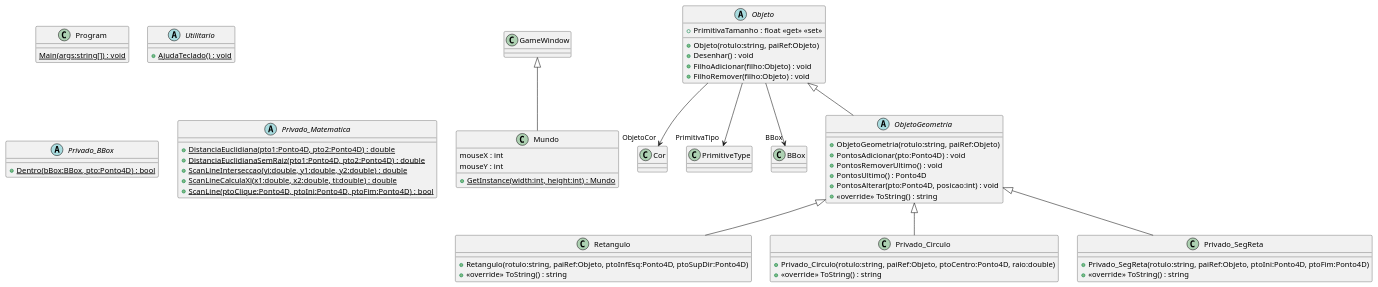
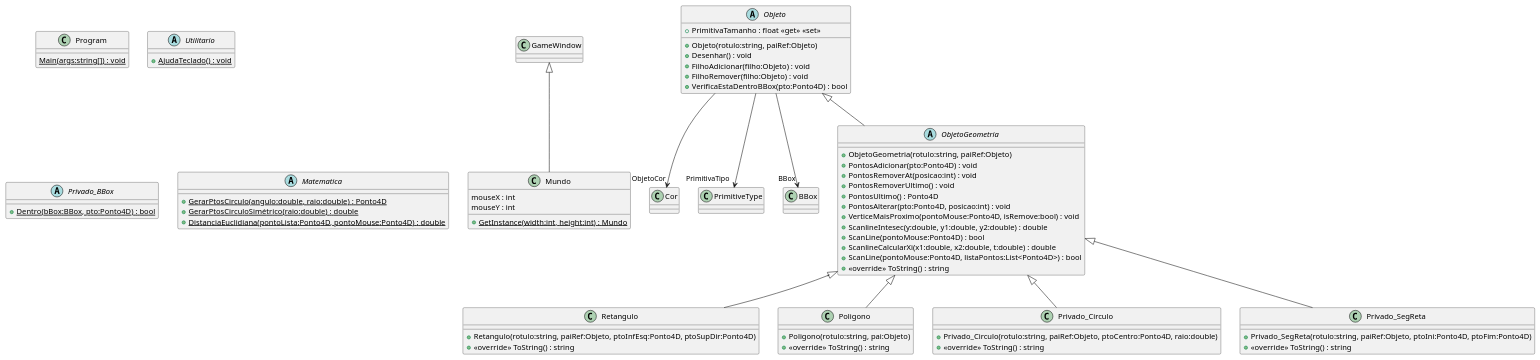
Before and after one commit to GCG-FURB/disciplinaCg_2022-1_not_equipe-06: the diagram in unidade_3/CG-N3_1/plantuml/include.puml, drawn with PlantUML. The commit also changed 1 other file, not shown here.

Commit message:
PlantUML

```diff
--- a/unidade_3/CG-N3_1/plantuml/include.puml
+++ b/unidade_3/CG-N3_1/plantuml/include.puml
@@ -1,58 +1,68 @@
 @startuml
 class Mundo {
     + {static} GetInstance(width:int, height:int) : Mundo
     mouseX : int
     mouseY : int
 }
 class Program {
     {static} Main(args:string[]) : void
 }
 GameWindow <|-- Mundo
 abstract class Objeto {
     + PrimitivaTamanho : float <<get>> <<set>>
     + Objeto(rotulo:string, paiRef:Objeto)
     + Desenhar() : void
     + FilhoAdicionar(filho:Objeto) : void
     + FilhoRemover(filho:Objeto) : void
+    + VerificaEstaDentroBBox(pto:Ponto4D) : bool
 }
 Objeto --> "ObjetoCor" Cor
 Objeto --> "PrimitivaTipo" PrimitiveType
 Objeto --> "BBox" BBox
 abstract class ObjetoGeometria {
     + ObjetoGeometria(rotulo:string, paiRef:Objeto)
     + PontosAdicionar(pto:Ponto4D) : void
+    + PontosRemoverAt(posicao:int) : void
     + PontosRemoverUltimo() : void
     + PontosUltimo() : Ponto4D
     + PontosAlterar(pto:Ponto4D, posicao:int) : void
+    + VerticeMaisProximo(pontoMouse:Ponto4D, isRemove:bool) : void
+    + ScanlineIntesec(y:double, y1:double, y2:double) : double
+    + ScanLine(pontoMouse:Ponto4D) : bool
+    + ScanlineCalcularXi(x1:double, x2:double, t:double) : double
+    + ScanLine(pontoMouse:Ponto4D, listaPontos:List<Ponto4D>) : bool
     + <<override>> ToString() : string
 }
 Objeto <|-- ObjetoGeometria
 class Retangulo {
     + Retangulo(rotulo:string, paiRef:Objeto, ptoInfEsq:Ponto4D, ptoSupDir:Ponto4D)
     + <<override>> ToString() : string
 }
 ObjetoGeometria <|-- Retangulo
+class Poligono {
+    + Poligono(rotulo:string, pai:Objeto)
+    + <<override>> ToString() : string
+}
+ObjetoGeometria <|-- Poligono
 abstract class Utilitario {
     + {static} AjudaTeclado() : void
 }
 abstract class Privado_BBox {
     + {static} Dentro(bBox:BBox, pto:Ponto4D) : bool
 }
 class Privado_Circulo {
     + Privado_Circulo(rotulo:string, paiRef:Objeto, ptoCentro:Ponto4D, raio:double)
     + <<override>> ToString() : string
 }
 ObjetoGeometria <|-- Privado_Circulo
-abstract class Privado_Matematica {
-    + {static} DistanciaEuclidiana(pto1:Ponto4D, pto2:Ponto4D) : double
-    + {static} DistanciaEuclidianaSemRaiz(pto1:Ponto4D, pto2:Ponto4D) : double
-    + {static} ScanLineInterseccao(yi:double, y1:double, y2:double) : double
-    + {static} ScanLineCalculaXi(x1:double, x2:double, ti:double) : double
-    + {static} ScanLine(ptoClique:Ponto4D, ptoIni:Ponto4D, ptoFim:Ponto4D) : bool
+abstract class Matematica {
+    + {static} GerarPtosCirculo(angulo:double, raio:double) : Ponto4D
+    + {static} GerarPtosCirculoSimétrico(raio:double) : double
+    + {static} DistanciaEuclidiana(pontoLista:Ponto4D, pontoMouse:Ponto4D) : double
 }
 class Privado_SegReta {
     + Privado_SegReta(rotulo:string, paiRef:Objeto, ptoIni:Ponto4D, ptoFim:Ponto4D)
     + <<override>> ToString() : string
 }
 ObjetoGeometria <|-- Privado_SegReta
 @enduml
```
